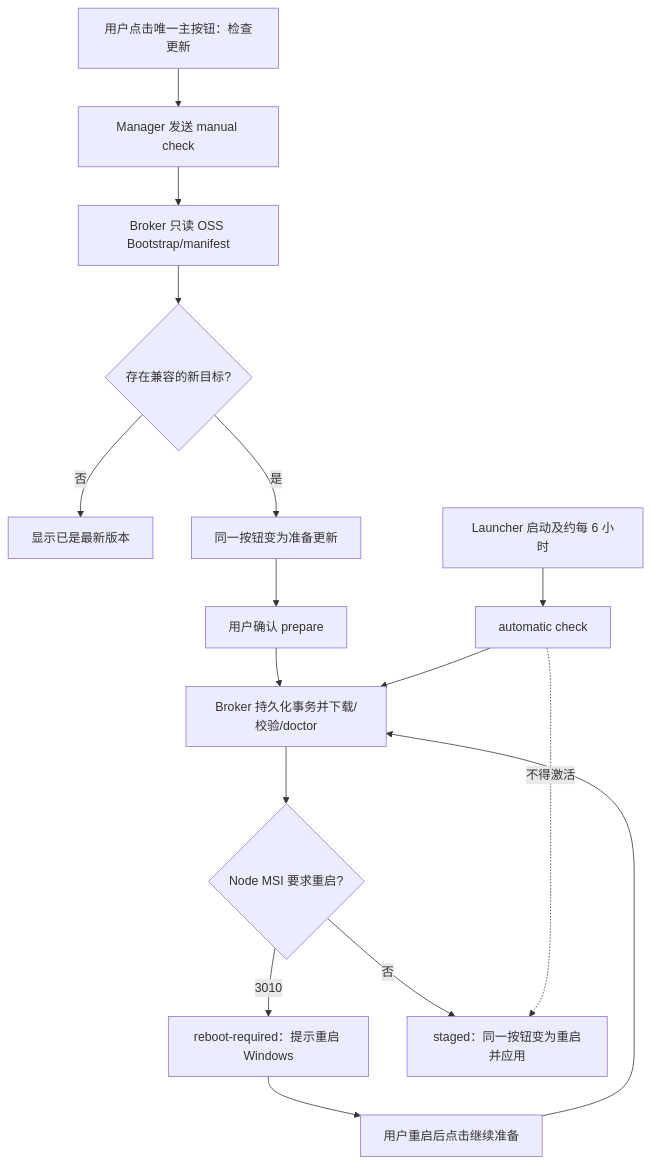
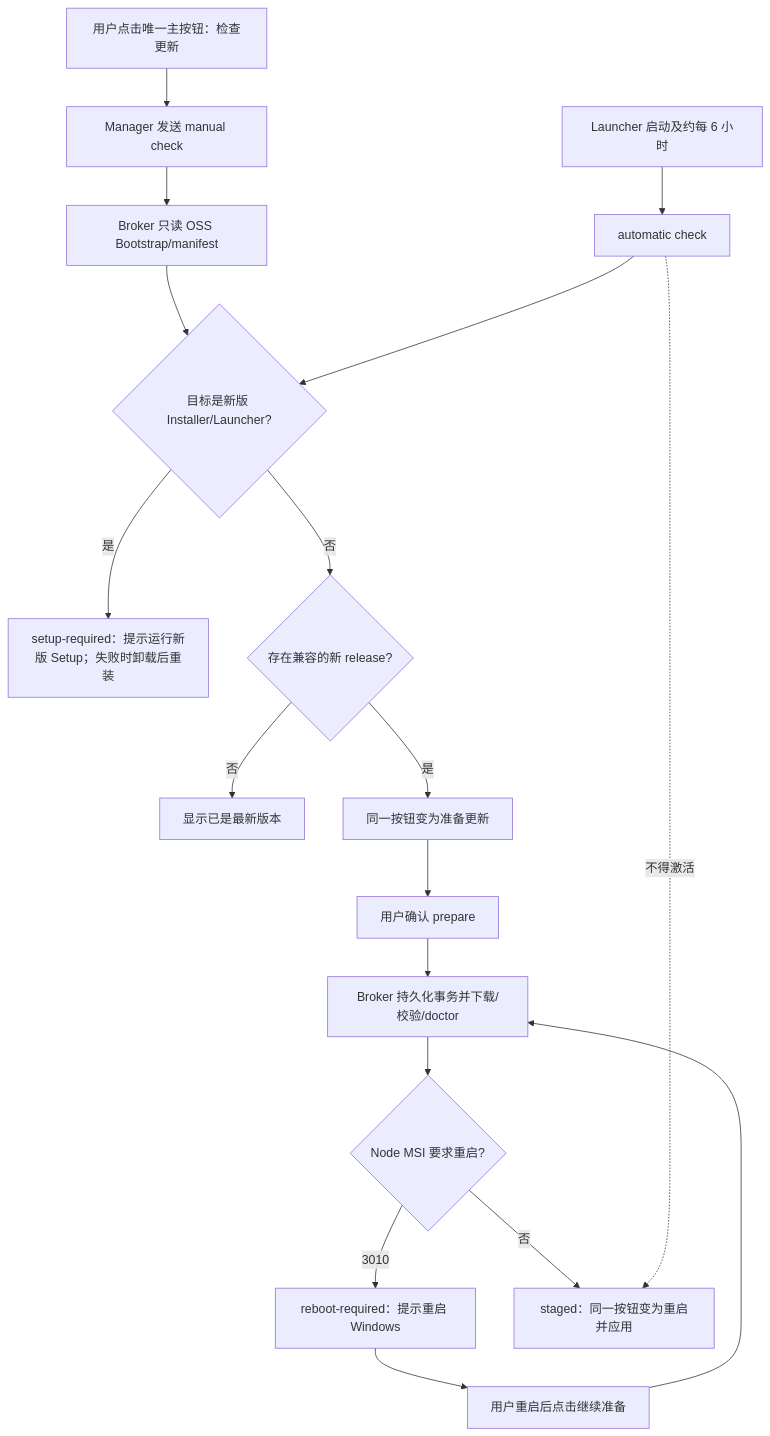
Before and after one commit to chengzhang0528/tauri-codex: the second of 3 diagrams in 文档/项目/项目_tauri-codex/当前设计.md, drawn with Mermaid. The commit also changed other lines of this file and 13 other files, not shown here.

Commit message:
fix: require setup for launcher upgrades

````diff
--- a/文档/项目/项目_tauri-codex/当前设计.md
+++ b/文档/项目/项目_tauri-codex/当前设计.md
@@ -74,18 +76,20 @@
 ```mermaid
 flowchart TD
   U["用户点击唯一主按钮：检查更新"] --> C["Manager 发送 manual check"]
   C --> Q["Broker 只读 OSS Bootstrap/manifest"]
-  Q --> X{"存在兼容的新目标?"}
+  Q --> I{"目标是新版 Installer/Launcher?"}
+  I -- "是" --> S["setup-required：提示运行新版 Setup；失败时卸载后重装"]
+  I -- "否" --> X{"存在兼容的新 release?"}
   X -- "否" --> N["显示已是最新版本"]
   X -- "是" --> O["同一按钮变为准备更新"]
   O --> D["用户确认 prepare"]
   D --> G["Broker 持久化事务并下载/校验/doctor"]
   G --> R{"Node MSI 要求重启?"}
   R -- "3010" --> W["reboot-required：提示重启 Windows"]
   W --> Y["用户重启后点击继续准备"]
   Y --> G
   R -- "否" --> E["staged：同一按钮变为重启并应用"]
   K["Launcher 启动及约每 6 小时"] --> J["automatic check"]
-  J --> G
+  J --> I
   J -. "不得激活" .-> E
 ```
````
